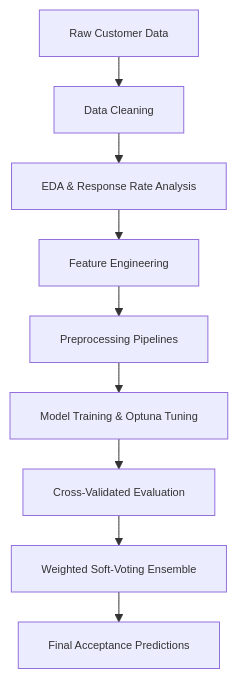
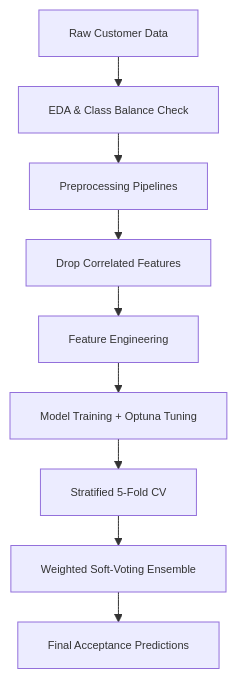
Before and after one commit to PranikaC/Customer-Response-Prediction: the first of 2 diagrams in README.md, drawn with Mermaid.

````diff
--- a/README.md
+++ b/README.md
@@ -28,12 +28,12 @@
 ```mermaid
 %%{init: {"theme": "default", "themeVariables": {"fontSize": "11px"}, "flowchart": {"nodeSpacing": 25, "rankSpacing": 30}}}%%
 flowchart TD
-    A[Raw Customer Data] --> B[Data Cleaning]
-    B --> C[EDA & Response Rate Analysis]
-    C --> D[Feature Engineering]
-    D --> E[Preprocessing Pipelines]
-    E --> F[Model Training & Optuna Tuning]
-    F --> G[Cross-Validated Evaluation]
+    A[Raw Customer Data] --> B[EDA & Class Balance Check]
+    B --> C[Preprocessing Pipelines]
+    C --> D[Drop Correlated Features]
+    D --> E[Feature Engineering]
+    E --> F[Model Training + Optuna Tuning]
+    F --> G[Stratified 5-Fold CV]
     G --> H[Weighted Soft-Voting Ensemble]
     H --> I[Final Acceptance Predictions]
 ```
````
